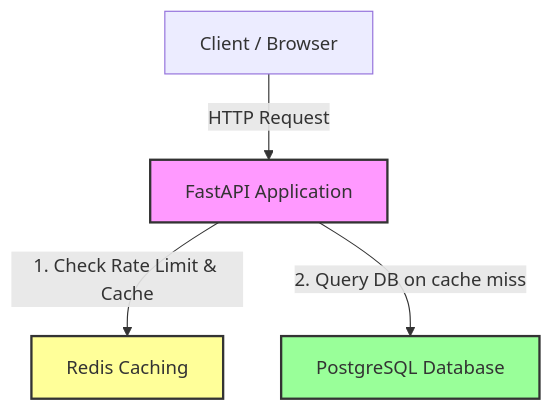
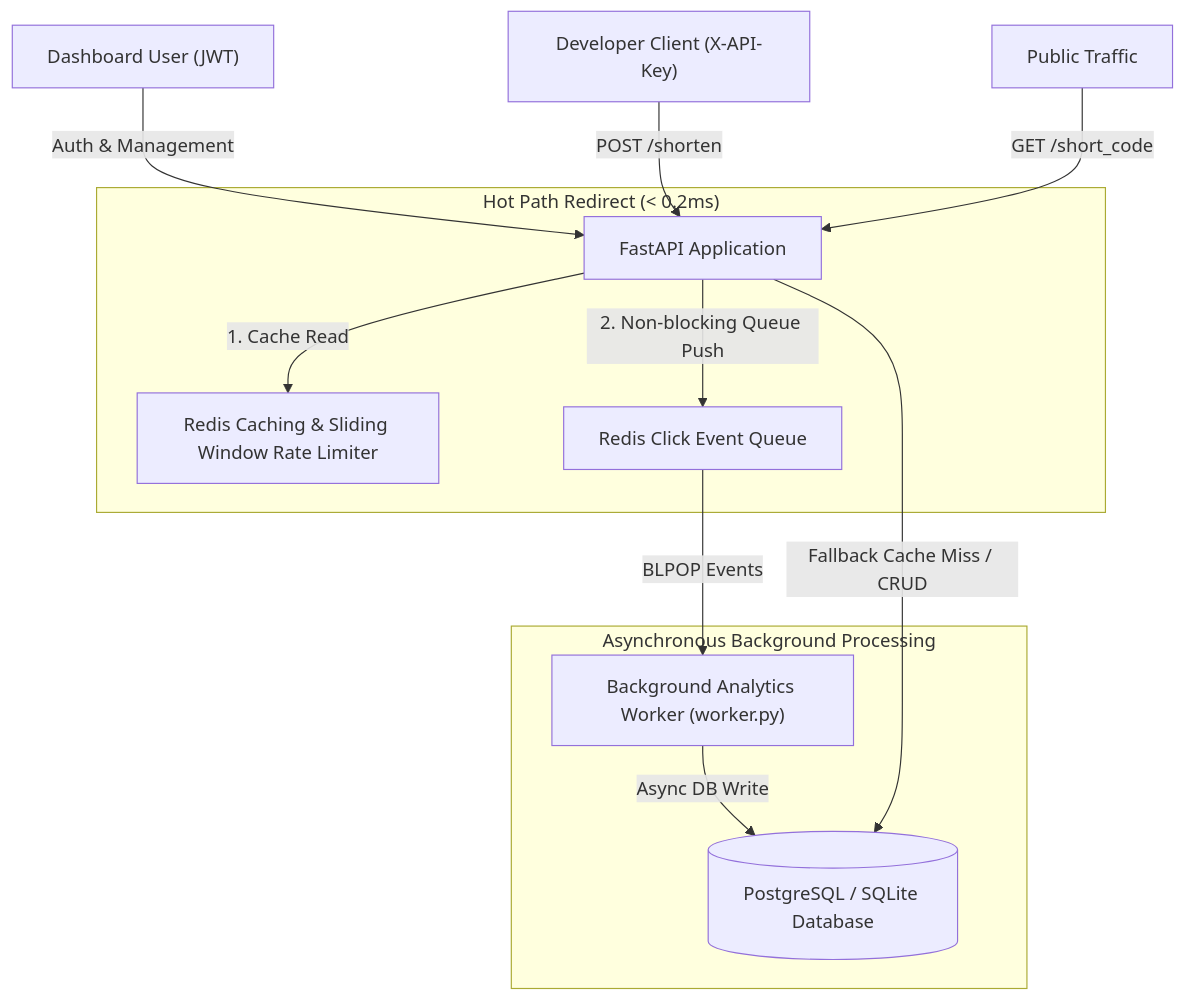
Before and after one commit to ace-ify/URL-Shortener: the diagram in README.md, drawn with Mermaid. The commit also changed other lines of this file and 1 other file, not shown here.

Commit message:
refactor: upgrade URL shortener to a production-grade SaaS platform with multi-tenant authentication, asynchronous click analytics, and Alembic migrations.

````diff
--- a/README.md
+++ b/README.md
@@ -9,10 +11,18 @@
 ```mermaid
 graph TD
-    Client["Client / Browser"] -->|HTTP Request| API["FastAPI Application"]
-    API -->|1. Check Rate Limit & Cache| Redis["Redis Caching"]
-    API -->|2. Query DB on cache miss| DBNode["PostgreSQL Database"]
+    User["Dashboard User (JWT)"] -->|"Auth & Management"| API["FastAPI Application"]
+    Dev["Developer Client (X-API-Key)"] -->|"POST /shorten"| API
+    Public["Public Traffic"] -->|"GET /short_code"| API
     
-    style API fill:#f9f,stroke:#333,stroke-width:2px
-    style Redis fill:#ff9,stroke:#333,stroke-width:2px
-    style DBNode fill:#9f9,stroke:#333,stroke-width:2px
+    subgraph "Hot Path Redirect (< 0.2ms)"
+        API -->|"1. Cache Read"| Redis["Redis Caching & Sliding Window Rate Limiter"]
+        API -->|"2. Non-blocking Queue Push"| Queue["Redis Click Event Queue"]
+    end
+    
+    subgraph "Asynchronous Background Processing"
+        Queue -->|"BLPOP Events"| Worker["Background Analytics Worker (worker.py)"]
+        Worker -->|"Async DB Write"| DB[("PostgreSQL / SQLite Database")]
+    end
+    
+    API -->|"Fallback Cache Miss / CRUD"| DB
 ```
````
